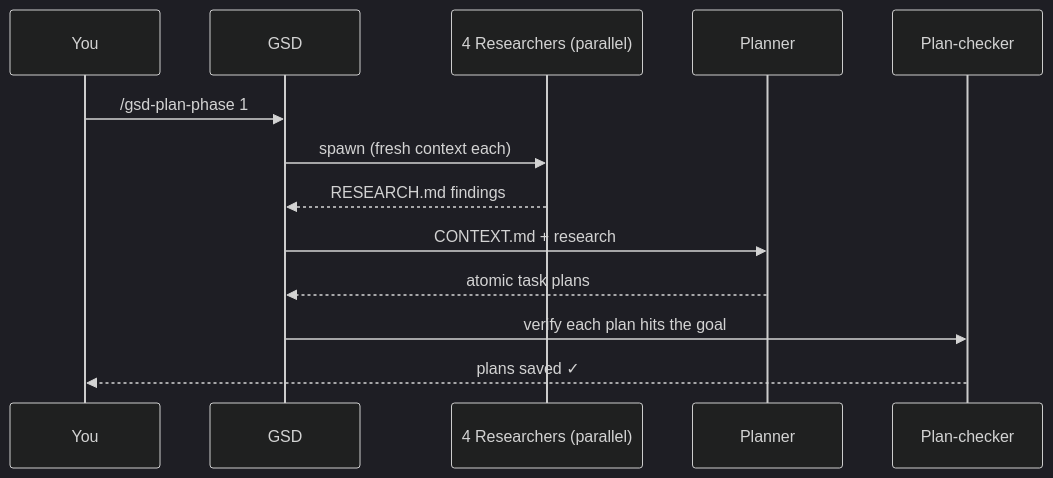
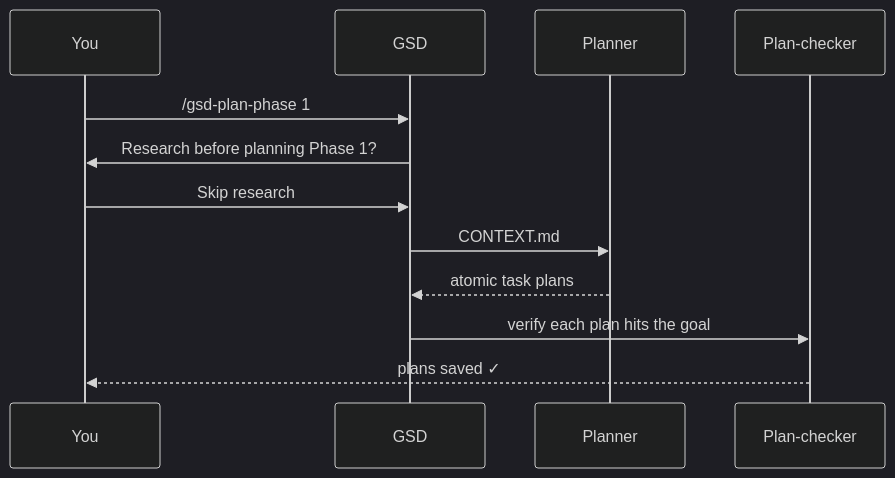
The fifth of 6 diagrams in docs/tutorials/your-first-project.md (GSD-redux/get-shit-done-redux), drawn with Mermaid (dark theme) before and after one commit. The commit also changed other lines of this file, not shown here.

````diff
--- a/docs/tutorials/your-first-project.md
+++ b/docs/tutorials/your-first-project.md
@@ -343,15 +302,14 @@
 ```mermaid
 sequenceDiagram
     participant You
     participant GSD
-    participant R as 4 Researchers (parallel)
     participant PL as Planner
     participant PC as Plan-checker
     You->>GSD: /gsd-plan-phase 1
-    GSD->>R: spawn (fresh context each)
-    R-->>GSD: RESEARCH.md findings
-    GSD->>PL: CONTEXT.md + research
+    GSD->>You: Research before planning Phase 1?
+    You->>GSD: Skip research
+    GSD->>PL: CONTEXT.md
     PL-->>GSD: atomic task plans
     GSD->>PC: verify each plan hits the goal
     PC-->>You: plans saved ✓
 ```
````
